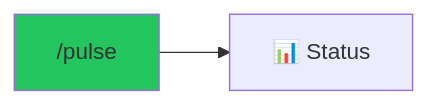
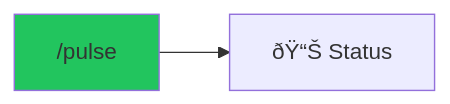
Before and after one commit to pikakit/agent-skills: the diagram in .agent/workflows/pulse.md, drawn with Mermaid. The commit also changed other lines of this file and 9 other files, not shown here.

````diff
--- a/.agent/workflows/pulse.md
+++ b/.agent/workflows/pulse.md
@@ -168,5 +168,5 @@
 ```mermaid
 graph LR
-    A["/pulse"] --> B["📊 Status"]
+    A["/pulse"] --> B["ðŸ“Š Status"]
     style A fill:#22c55e
 ```
````
